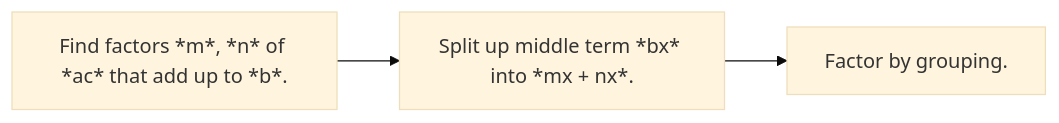
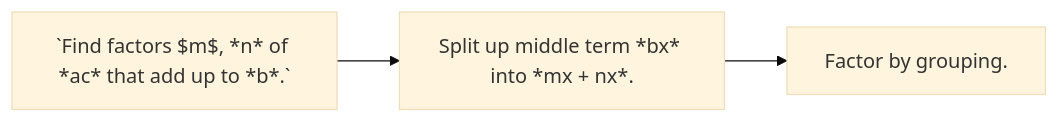
Before and after one commit to jkeneda/jupyter-math-book: the diagram in _sources/docs/algebra-review/1-factoring.md, drawn with Mermaid (base theme). The commit also changed 5 other files, not shown here.

````diff
--- a/_sources/docs/algebra-review/1-factoring.md
+++ b/_sources/docs/algebra-review/1-factoring.md
@@ -5,5 +5,5 @@
 ```{mermaid}
     flowchart LR
-        A[Find factors *m*, *n* of *ac* that add up to *b*.] --> B[Split up middle term *bx* into *mx + nx*.]
+        A[`Find factors $m$, *n* of *ac* that add up to *b*.`] --> B[Split up middle term *bx* into *mx + nx*.]
         B --> C[Factor by grouping.]
 ```
````
